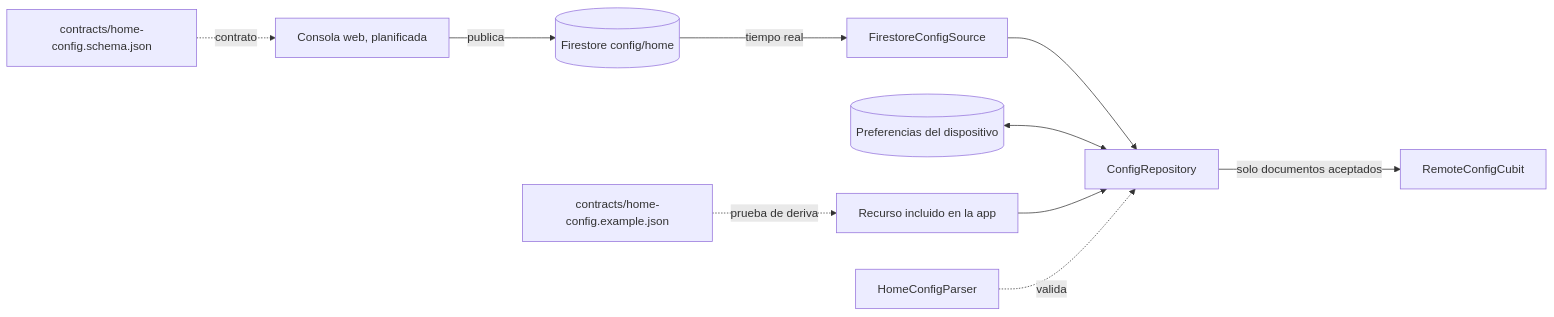
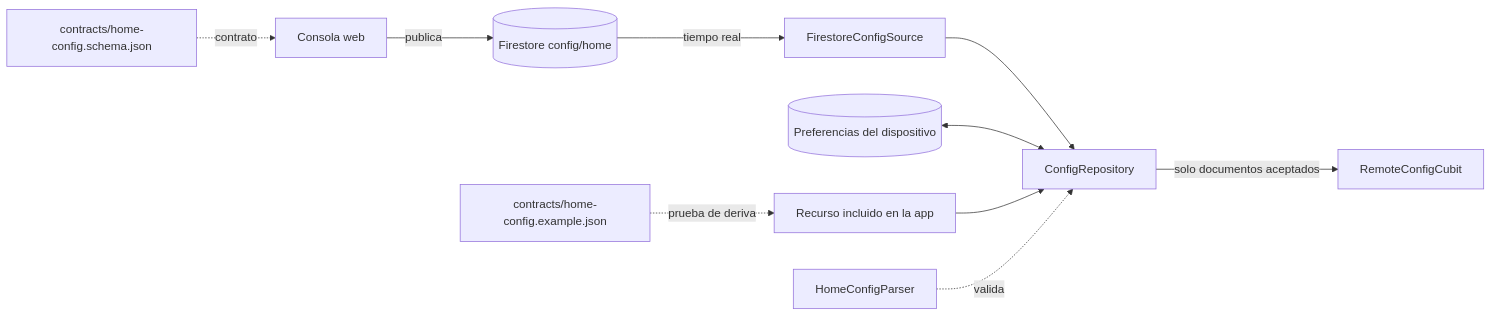
One commit to hveitia/flutter_senior_dev_challenge_bi changed the diagram in docs/adr/0008-contrato-de-configuracion.md. Above: the diagram before and after it, drawn with Mermaid. The commit also changed other lines of this file and 2 other files, not shown here.

````diff
--- a/docs/adr/0008-contrato-de-configuracion.md
+++ b/docs/adr/0008-contrato-de-configuracion.md
@@ -80,12 +95,12 @@
 ```mermaid
 flowchart LR
-  consola[Consola web, planificada] -- publica --> doc[(Firestore config/home)]
+  consola[Consola web] -- publica --> doc[(Firestore config/home)]
   doc -- tiempo real --> source[FirestoreConfigSource]
   source --> repo[ConfigRepository]
   cache[(Preferencias del dispositivo)] <--> repo
   bundle[Recurso incluido en la app] --> repo
   repo -- solo documentos aceptados --> cubit[RemoteConfigCubit]
   parser[HomeConfigParser] -. valida .-> repo
   schema[contracts/home-config.schema.json] -. contrato .-> consola
   example[contracts/home-config.example.json] -. prueba de deriva .-> bundle
 ```
````
